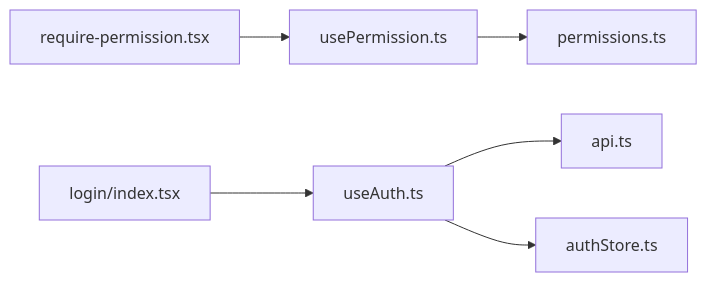
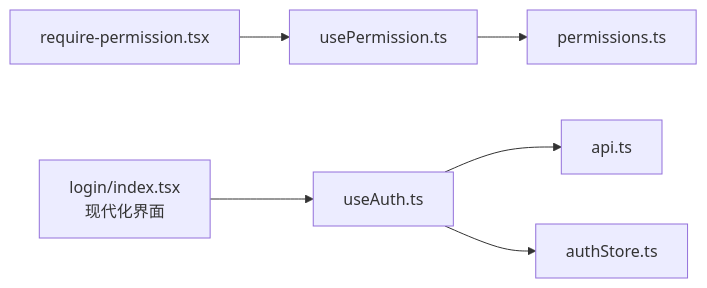
Before and after one commit to Damao997/newproject: the eighth of 8 diagrams in .qoder/repowiki/zh/content/核心模块/用户认证系统.md, drawn with Mermaid. The commit also changed other lines of this file and 23 other files, not shown here.

````diff
--- a/.qoder/repowiki/zh/content/核心模块/用户认证系统.md
+++ b/.qoder/repowiki/zh/content/核心模块/用户认证系统.md
@@ -324,8 +385,8 @@
 ```mermaid
 graph LR
 USEAUTH["useAuth.ts"] --> API["api.ts"]
 USEAUTH --> AUTHSTORE["authStore.ts"]
 GUARD["require-permission.tsx"] --> PERMHOOK["usePermission.ts"]
 PERMHOOK --> PERMLIB["permissions.ts"]
-LOGIN["login/index.tsx"] --> USEAUTH
+LOGIN["login/index.tsx<br/>现代化界面"] --> USEAUTH
 ```
````
